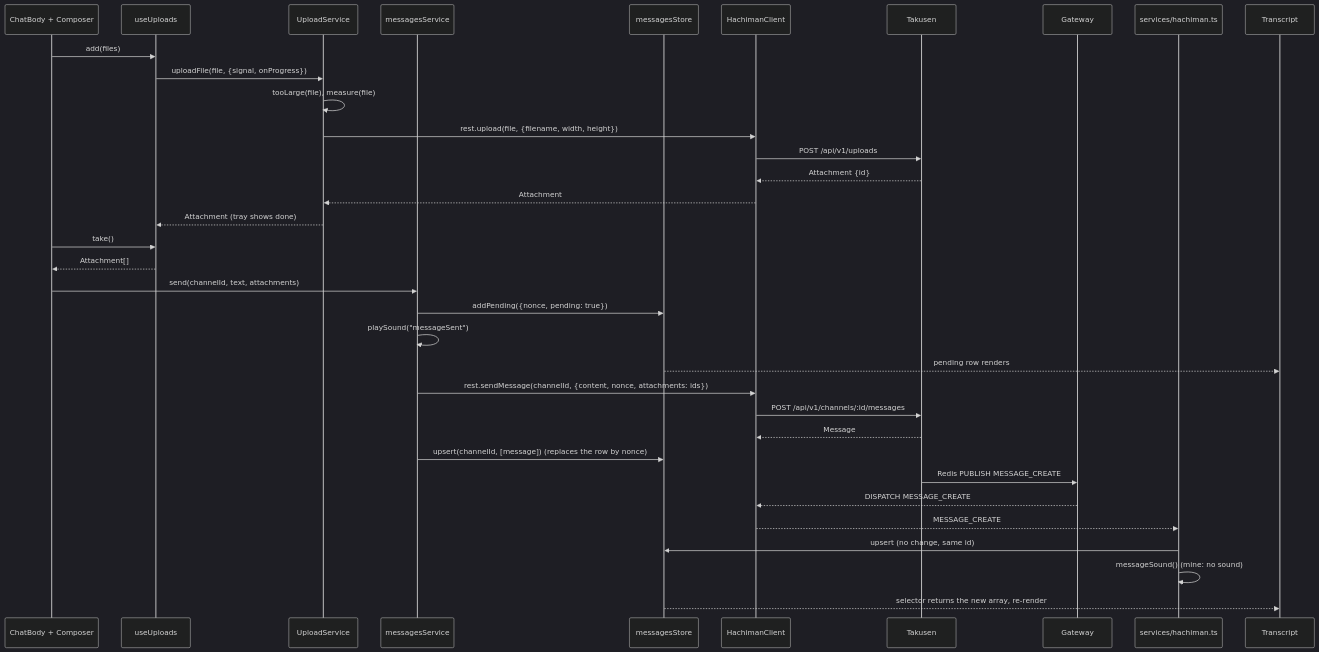
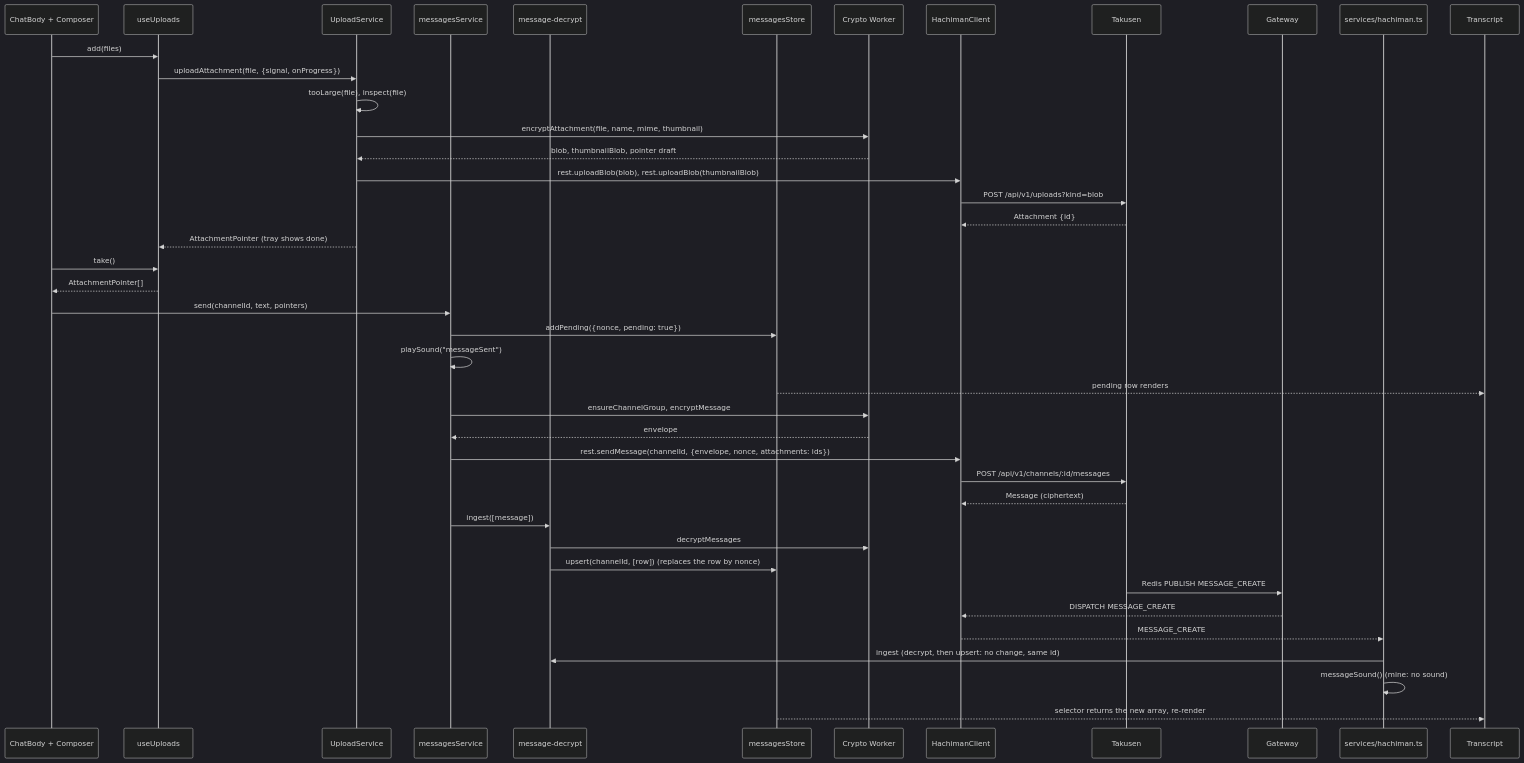
Before and after one commit to dan-hummelstad/hachiman: the third of 4 diagrams in apps/hachiman/README.md, drawn with Mermaid (dark theme). The commit also changed other lines of this file and 339 other files, not shown here.

````diff
--- a/apps/hachiman/README.md
+++ b/apps/hachiman/README.md
@@ -128,38 +160,45 @@
 ```mermaid
 sequenceDiagram
   participant CB as ChatBody + Composer
   participant UP as useUploads
   participant US as UploadService
   participant MS as messagesService
+  participant MD as message-decrypt
   participant ST as messagesStore
+  participant CW as Crypto Worker
   participant HC as HachimanClient
   participant TK as Takusen
   participant GW as Gateway
   participant H as services/hachiman.ts
   participant TR as Transcript
 
   CB->>UP: add(files)
-  UP->>US: uploadFile(file, {signal, onProgress})
-  US->>US: tooLarge(file), measure(file)
-  US->>HC: rest.upload(file, {filename, width, height})
-  HC->>TK: POST /api/v1/uploads
+  UP->>US: uploadAttachment(file, {signal, onProgress})
+  US->>US: tooLarge(file), inspect(file)
+  US->>CW: encryptAttachment(file, name, mime, thumbnail)
+  CW-->>US: blob, thumbnailBlob, pointer draft
+  US->>HC: rest.uploadBlob(blob), rest.uploadBlob(thumbnailBlob)
+  HC->>TK: POST /api/v1/uploads?kind=blob
   TK-->>HC: Attachment {id}
-  HC-->>US: Attachment
-  US-->>UP: Attachment (tray shows done)
+  US-->>UP: AttachmentPointer (tray shows done)
   CB->>UP: take()
-  UP-->>CB: Attachment[]
-  CB->>MS: send(channelId, text, attachments)
+  UP-->>CB: AttachmentPointer[]
+  CB->>MS: send(channelId, text, pointers)
   MS->>ST: addPending({nonce, pending: true})
   MS->>MS: playSound("messageSent")
   ST-->>TR: pending row renders
-  MS->>HC: rest.sendMessage(channelId, {content, nonce, attachments: ids})
+  MS->>CW: ensureChannelGroup, encryptMessage
+  CW-->>MS: envelope
+  MS->>HC: rest.sendMessage(channelId, {envelope, nonce, attachments: ids})
   HC->>TK: POST /api/v1/channels/:id/messages
-  TK-->>HC: Message
-  MS->>ST: upsert(channelId, [message]) (replaces the row by nonce)
+  TK-->>HC: Message (ciphertext)
+  MS->>MD: ingest([message])
+  MD->>CW: decryptMessages
+  MD->>ST: upsert(channelId, [row]) (replaces the row by nonce)
   TK->>GW: Redis PUBLISH MESSAGE_CREATE
   GW-->>HC: DISPATCH MESSAGE_CREATE
   HC-->>H: MESSAGE_CREATE
-  H->>ST: upsert (no change, same id)
+  H->>MD: ingest (decrypt, then upsert: no change, same id)
   H->>H: messageSound() (mine: no sound)
   ST-->>TR: selector returns the new array, re-render
 ```
````
